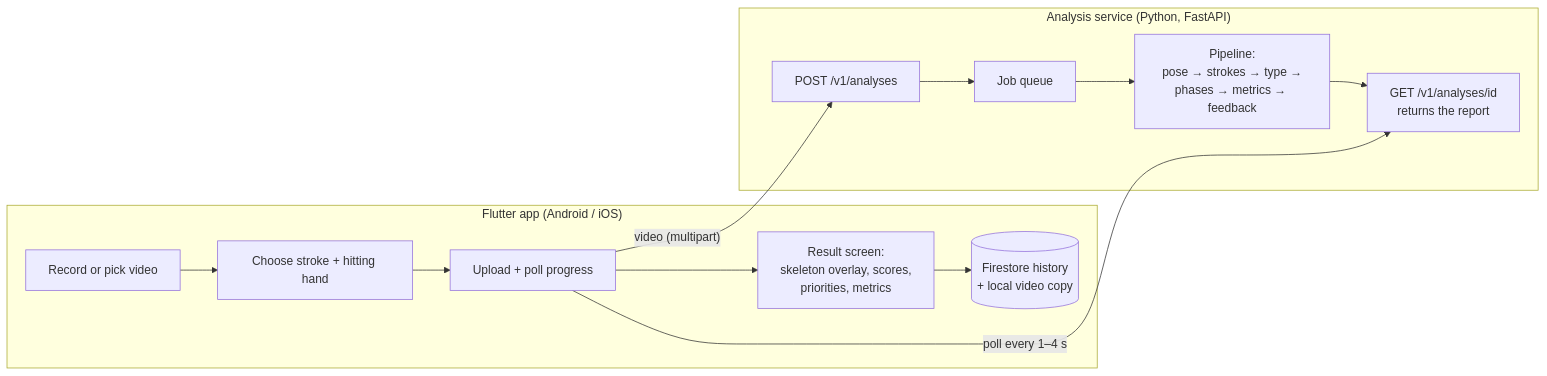
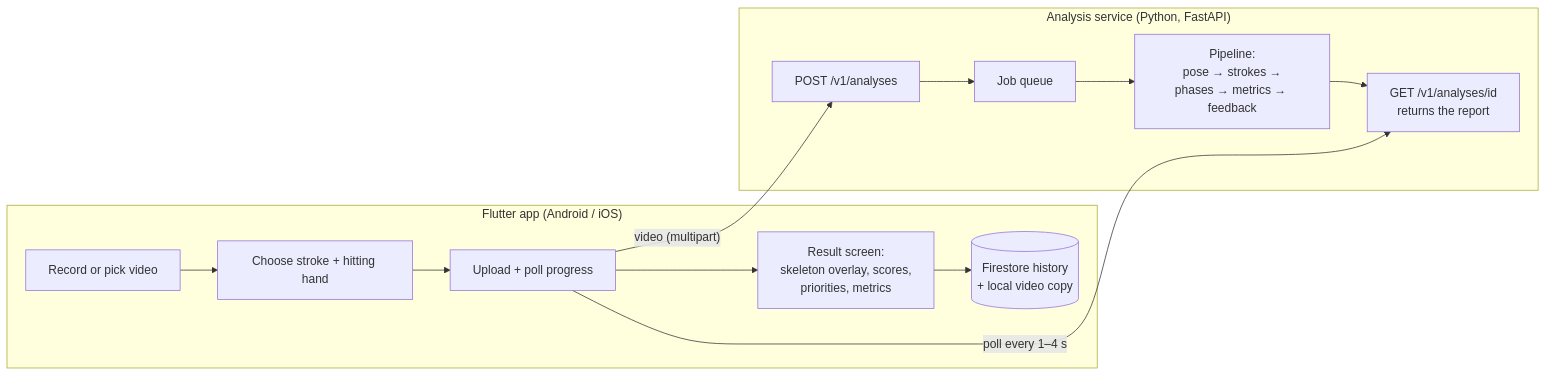
Before and after one commit to henrychen4736/CAC24: the first of 2 diagrams in README.md, drawn with Mermaid. The commit also changed other lines of this file and 7 other files, not shown here.

````diff
--- a/README.md
+++ b/README.md
@@ -43,16 +43,16 @@
 ```mermaid
 flowchart LR
   subgraph Phone["Flutter app (Android / iOS)"]
     A[Record or pick video] --> B[Choose stroke + hitting hand]
     B --> C[Upload + poll progress]
     C --> D[Result screen:<br/>skeleton overlay, scores,<br/>priorities, metrics]
     D --> E[(Firestore history<br/>+ local video copy)]
   end
   subgraph Server["Analysis service (Python, FastAPI)"]
     F[POST /v1/analyses] --> G[Job queue]
-    G --> H[Pipeline:<br/>pose → strokes → type →<br/>phases → metrics → feedback]
+    G --> H[Pipeline:<br/>pose → strokes →<br/>phases → metrics → feedback]
     H --> I[GET /v1/analyses/id<br/>returns the report]
   end
   C -- "video (multipart)" --> F
   C -- "poll every 1–4 s" --> I
 ```
````
